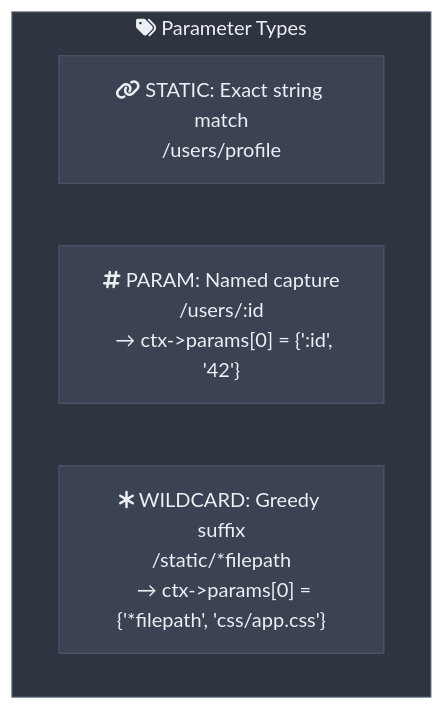
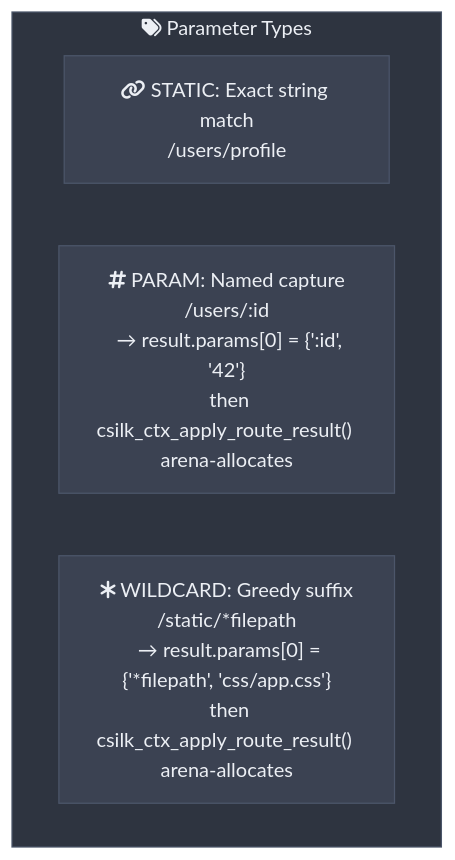
The fifth of 5 diagrams in docs/module-design/router.md (quintin-lee/csilk), drawn with Mermaid before and after one commit. The commit also changed other lines of this file and 5 other files, not shown here.

Commit message:
docs: 📝 align ctx/router docs with current code — remove jump_buffer, fix bucket count, update panic model, document match_result API

````diff
--- a/docs/module-design/router.md
+++ b/docs/module-design/router.md
@@ -220,30 +220,30 @@
 ```mermaid
 %%{init: {
   'theme': 'base',
   'themeVariables': {
     'background': '#2E3440',
     'primaryColor': '#81A1C1',
     'primaryBorderColor': '#4C566A',
     'primaryTextColor': '#ECEFF4',
     'secondaryColor': '#3B4252',
     'secondaryBorderColor': '#434C5E',
     'secondaryTextColor': '#D8DEE9',
     'lineColor': '#81A1C1',
     'textColor': '#ECEFF4',
     'mainBkg': '#3B4252',
     'nodeBorder': '#4C566A',
     'clusterBkg': '#2E3440',
     'clusterBorder': '#4C566A',
     'titleColor': '#ECEFF4',
     'edgeLabelBackground': '#3B4252',
     'nodeTextColor': '#ECEFF4'
   },
   'flowchart': {'htmlLabels': true, 'curve': 'basis'}
 }}%%
 flowchart TB
     subgraph param_types["fa:fa-tags Parameter Types"]
         STATIC["fa:fa-link STATIC: Exact string match<br/>/users/profile"]
-        PARAM["fa:fa-hashtag PARAM: Named capture<br/>/users/:id<br/>  → ctx->params[0] = {':id', '42'}"]
-        WILD["fa:fa-asterisk WILDCARD: Greedy suffix<br/>/static/*filepath<br/>  → ctx->params[0] = {'*filepath', 'css/app.css'}"]
+        PARAM["fa:fa-hashtag PARAM: Named capture<br/>/users/:id<br/>  → result.params[0] = {':id', '42'}<br/>  then csilk_ctx_apply_route_result() arena-allocates"]
+        WILD["fa:fa-asterisk WILDCARD: Greedy suffix<br/>/static/*filepath<br/>  → result.params[0] = {'*filepath', 'css/app.css'}<br/>  then csilk_ctx_apply_route_result() arena-allocates"]
     end
 ```
````
